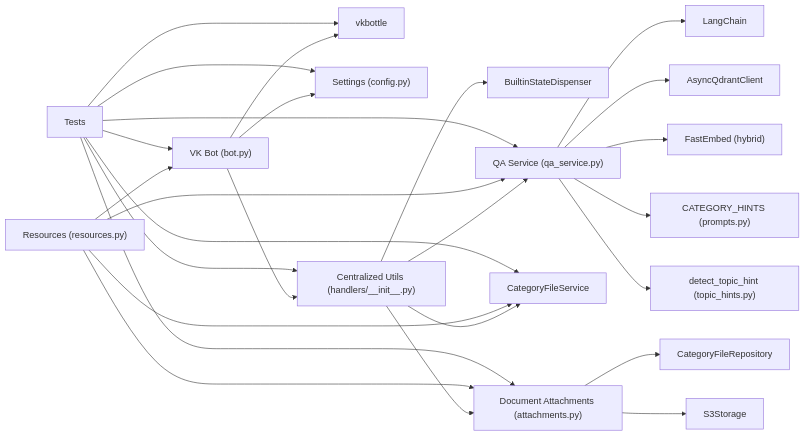
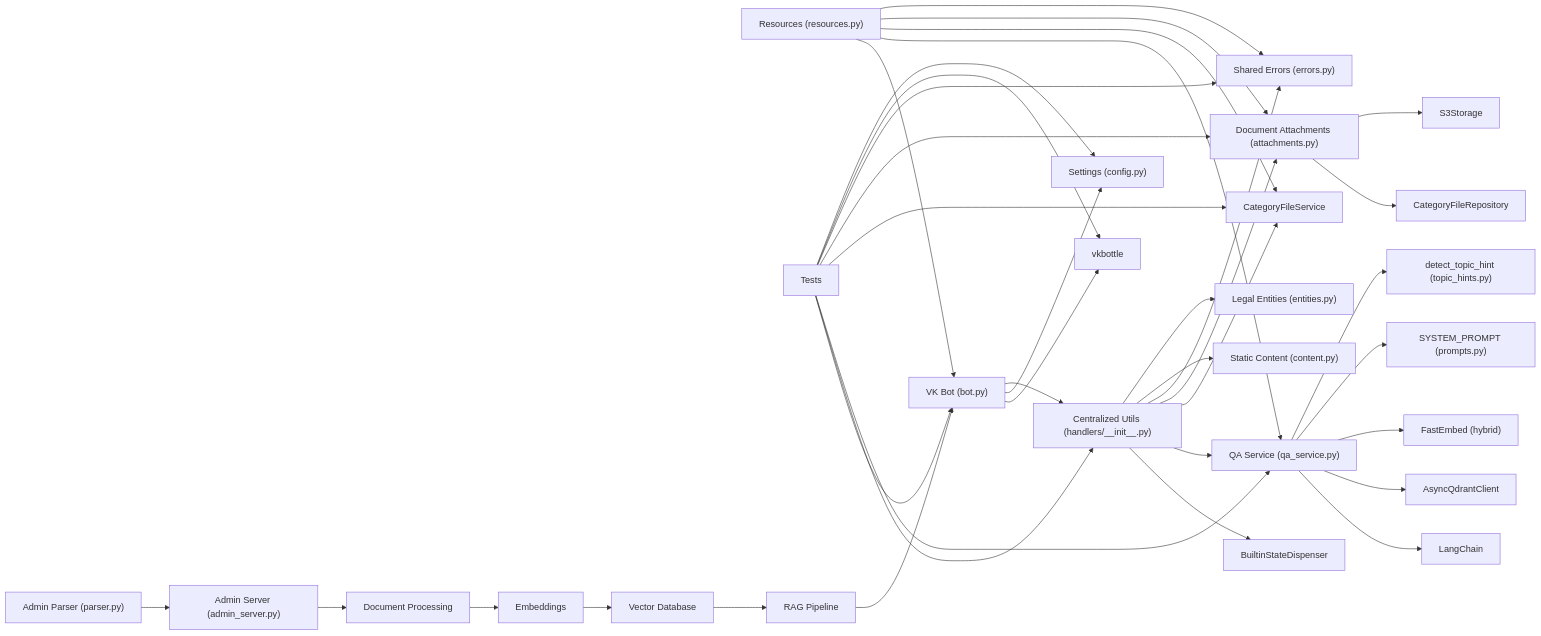
One commit to ognelis/cafetera_hr_bot changed diagram 35 of 35 in .qoder/repowiki/en/content/VK Integration/VK Integration.md. Above: the diagram before and after it, drawn with Mermaid. The commit also changed other lines of this file and 51 other files, not shown here.

````diff
--- a/.qoder/repowiki/en/content/VK Integration/VK Integration.md
+++ b/.qoder/repowiki/en/content/VK Integration/VK Integration.md
@@ -1505,28 +1863,39 @@
 ```mermaid
 graph LR
 VKBot["VK Bot (bot.py)"] --> VKFw["vkbottle"]
 VKBot --> Cfg["Settings (config.py)"]
 VKBot --> Utils["Centralized Utils (handlers/__init__.py)"]
 Utils --> SD["BuiltinStateDispenser"]
 Utils --> QA["QA Service (qa_service.py)"]
 Utils --> CategoryService["CategoryFileService"]
 Utils --> Attachments["Document Attachments (attachments.py)"]
+Utils --> SharedErrors["Shared Errors (errors.py)"]
+Utils --> StaticContent["Static Content (content.py)"]
+Utils --> Entities["Legal Entities (entities.py)"]
 Attachments --> CategoryRepo["CategoryFileRepository"]
 Attachments --> S3["S3Storage"]
 QA --> LangChain["LangChain"]
 QA --> AsyncQdrant["AsyncQdrantClient"]
 QA --> FastEmbed["FastEmbed (hybrid)"]
-QA --> Prompts["CATEGORY_HINTS (prompts.py)"]
+QA --> Prompts["SYSTEM_PROMPT (prompts.py)"]
 QA --> TopicHints["detect_topic_hint (topic_hints.py)"]
 Resources["Resources (resources.py)"] --> VKBot
 Resources --> QA
 Resources --> CategoryService
 Resources --> Attachments
+Resources --> SharedErrors
 Tests["Tests"] --> VKBot
 Tests --> Utils
 Tests --> QA
 Tests --> CategoryService
 Tests --> Attachments
+Tests --> SharedErrors
 Tests --> VKFw
 Tests --> Cfg
+AdminParser["Admin Parser (parser.py)"] --> AdminServer["Admin Server (admin_server.py)"]
+AdminServer --> Parser["Document Processing"]
+Parser --> Embeddings["Embeddings"]
+Embeddings --> VectorDB["Vector Database"]
+VectorDB --> RAG["RAG Pipeline"]
+RAG --> VKBot
 ```
````
